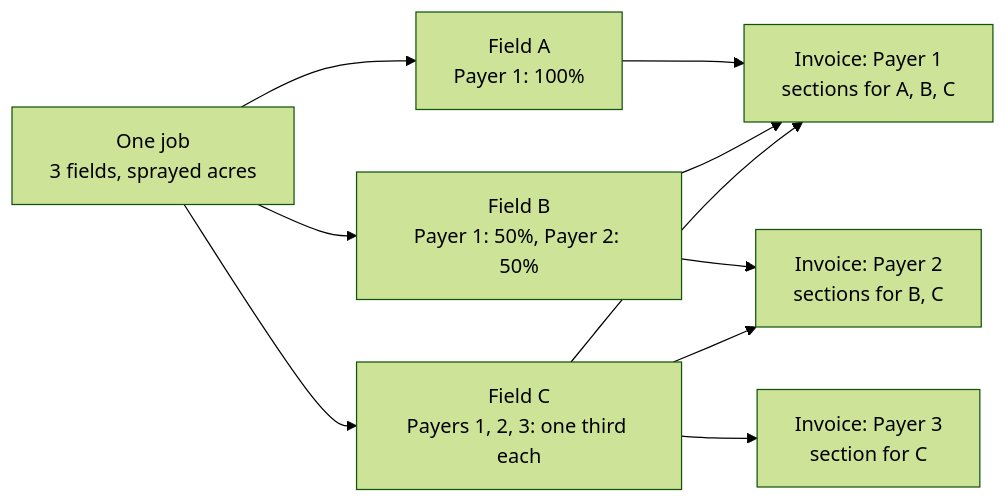
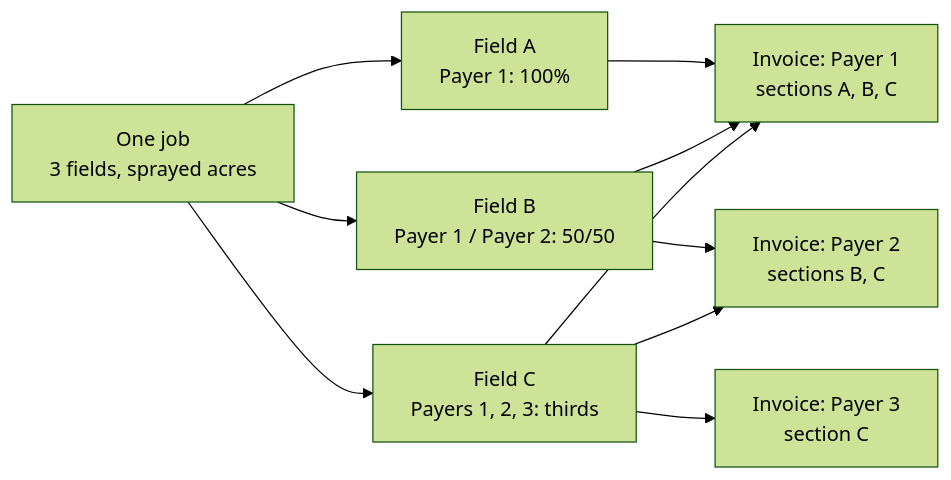
One commit to croprxsolutions/CRX_Manager_V1.0 changed the third of 3 diagrams in docs/plans/field-application/SPEC.md. Above: the diagram before and after it, drawn with Mermaid (forest theme). The commit also changed other lines of this file and 20 other files, not shown here.

````diff
--- a/docs/plans/field-application/SPEC.md
+++ b/docs/plans/field-application/SPEC.md
@@ -262,12 +181,12 @@
 ```mermaid
 flowchart LR
   J["One job<br/>3 fields, sprayed acres"] --> FA["Field A<br/>Payer 1: 100%"]
-  J --> FB["Field B<br/>Payer 1: 50%, Payer 2: 50%"]
-  J --> FC["Field C<br/>Payers 1, 2, 3: one third each"]
-  FA --> I1["Invoice: Payer 1<br/>sections for A, B, C"]
+  J --> FB["Field B<br/>Payer 1 / Payer 2: 50/50"]
+  J --> FC["Field C<br/>Payers 1, 2, 3: thirds"]
+  FA --> I1["Invoice: Payer 1<br/>sections A, B, C"]
   FB --> I1
   FC --> I1
-  FB --> I2["Invoice: Payer 2<br/>sections for B, C"]
+  FB --> I2["Invoice: Payer 2<br/>sections B, C"]
   FC --> I2
-  FC --> I3["Invoice: Payer 3<br/>section for C"]
+  FC --> I3["Invoice: Payer 3<br/>section C"]
 ```
````
